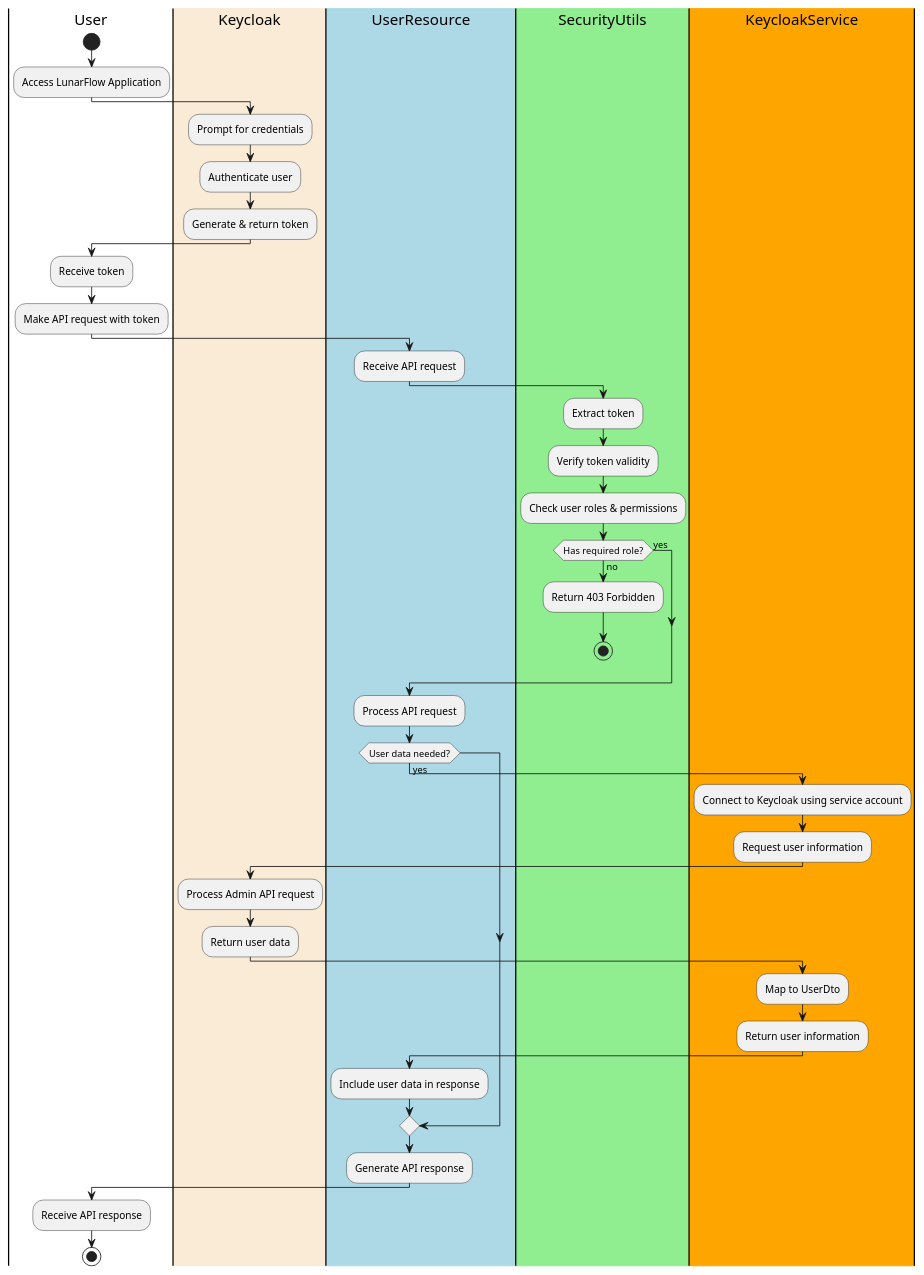
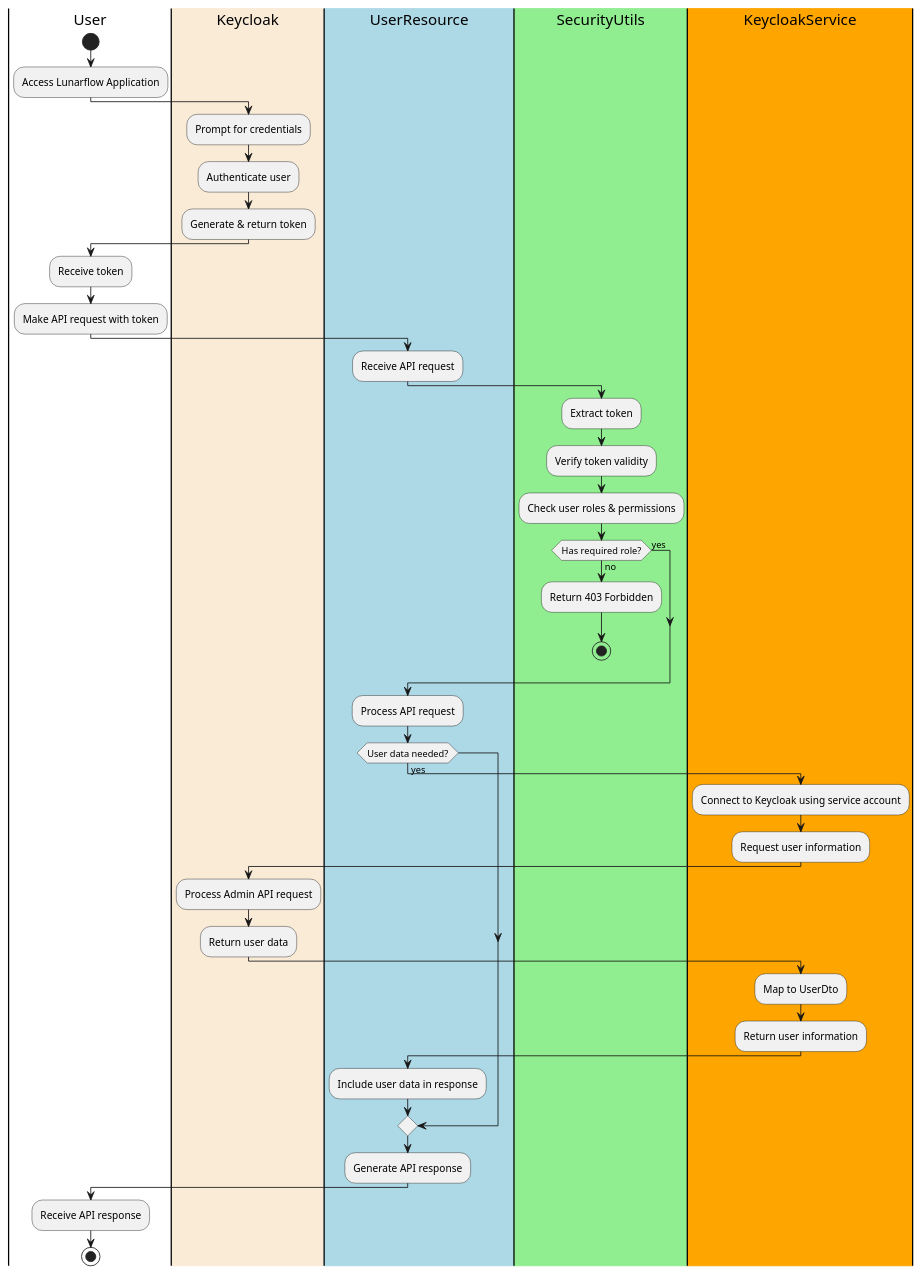
The diagram in swimlane.puml (fontys-lunarflow/keycloak_integration), drawn with PlantUML before and after one commit. The commit also changed 3 other files, not shown here.

Commit message:
Minor diagram updates

```diff
--- a/swimlane.puml
+++ b/swimlane.puml
@@ -1,53 +1,53 @@
-@startuml LunarFlow Authentication Flow
+@startuml Lunarflow Authentication Flow
 |User|
 start
-:Access LunarFlow Application;
+:Access Lunarflow Application;
 
 |#AntiqueWhite|Keycloak|
 :Prompt for credentials;
 :Authenticate user;
 :Generate & return token;
 
 |User|
 :Receive token;
 :Make API request with token;
 
 |#LightBlue|UserResource|
 :Receive API request;
 
 |#LightGreen|SecurityUtils|
 :Extract token;
 :Verify token validity;
 :Check user roles & permissions;
 if (Has required role?) then (yes)
 else (no)
   :Return 403 Forbidden;
   stop
 endif
 
 |#LightBlue|UserResource|
 :Process API request;
 if (User data needed?) then (yes)
 
   |#Orange|KeycloakService|
   :Connect to Keycloak using service account;
   :Request user information;
   
   |#AntiqueWhite|Keycloak|
   :Process Admin API request;
   :Return user data;
   
   |#Orange|KeycloakService|
   :Map to UserDto;
   :Return user information;
   
   |#LightBlue|UserResource|
   :Include user data in response;
 endif
 
 :Generate API response;
 
 |User|
 :Receive API response;
 stop
 @enduml
```
